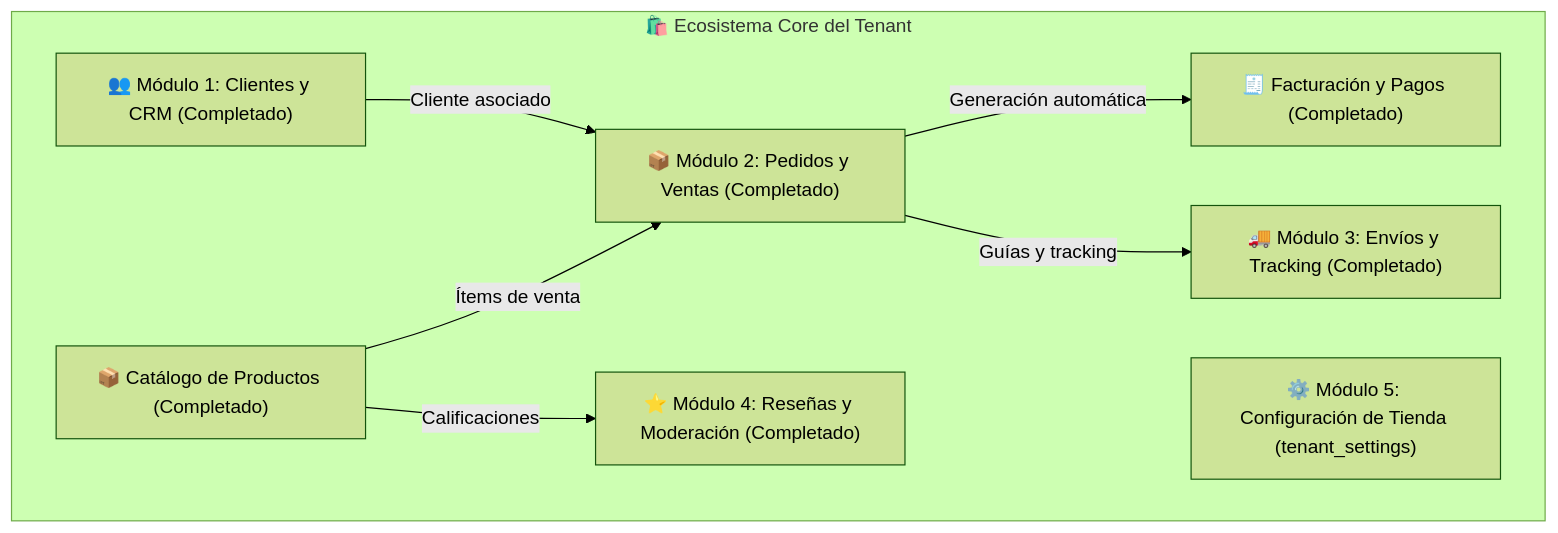
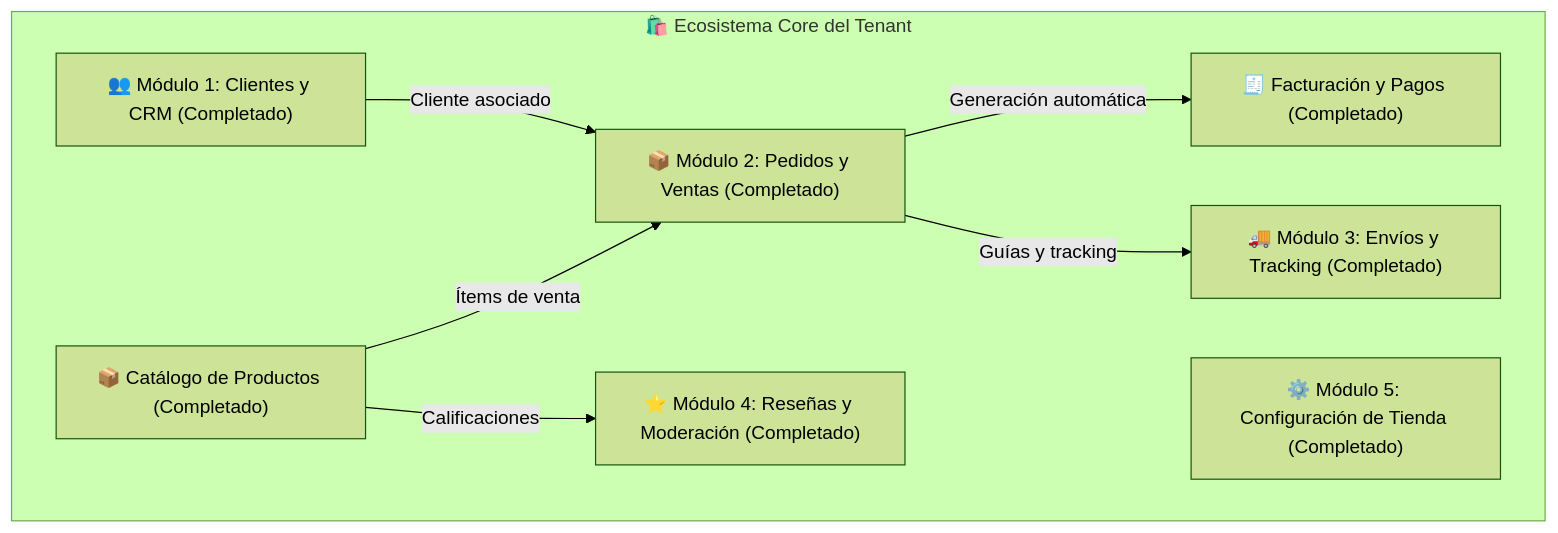
One commit to gabrielj2814/owomarket changed the diagram in PLANIFICACION_MODULOS_TENANT.md. Above: the diagram before and after it, drawn with Mermaid (forest theme). The commit also changed other lines of this file and 1 other file, not shown here.

Commit message:
test(settings): complete tenant settings module test suite and quality assurance

````diff
--- a/PLANIFICACION_MODULOS_TENANT.md
+++ b/PLANIFICACION_MODULOS_TENANT.md
@@ -10,18 +10,18 @@
 ```mermaid
 flowchart TD
     subgraph CoreCommerce ["🛍️ Ecosistema Core del Tenant"]
         PROD["📦 Catálogo de Productos (Completado)"]
         BILL["🧾 Facturación y Pagos (Completado)"]
         CUST["👥 Módulo 1: Clientes y CRM (Completado)"]
         ORD["📦 Módulo 2: Pedidos y Ventas (Completado)"]
         SHIP["🚚 Módulo 3: Envíos y Tracking (Completado)"]
         REV["⭐ Módulo 4: Reseñas y Moderación (Completado)"]
-        SETT["⚙️ Módulo 5: Configuración de Tienda (tenant_settings)"]
+        SETT["⚙️ Módulo 5: Configuración de Tienda (Completado)"]
         
         CUST -->|Cliente asociado| ORD
         PROD -->|Ítems de venta| ORD
         ORD -->|Generación automática| BILL
         ORD -->|Guías y tracking| SHIP
         PROD -->|Calificaciones| REV
     end
 ```
````
